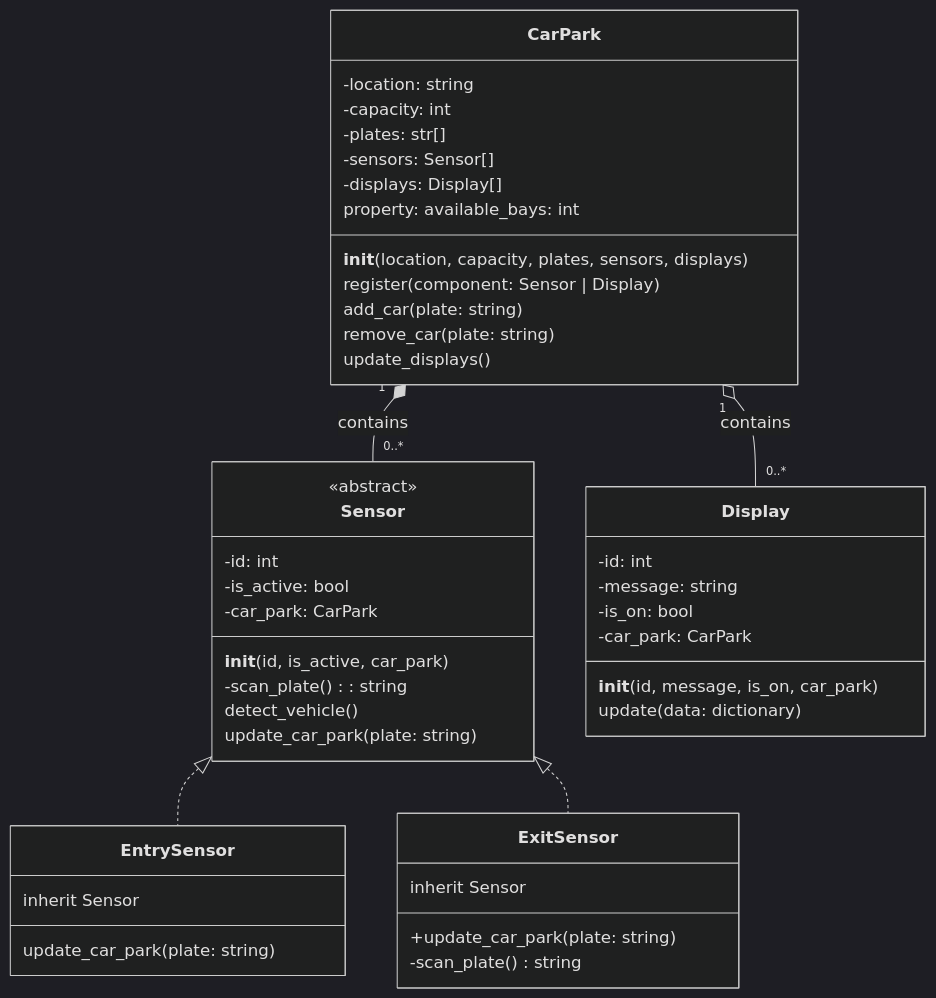
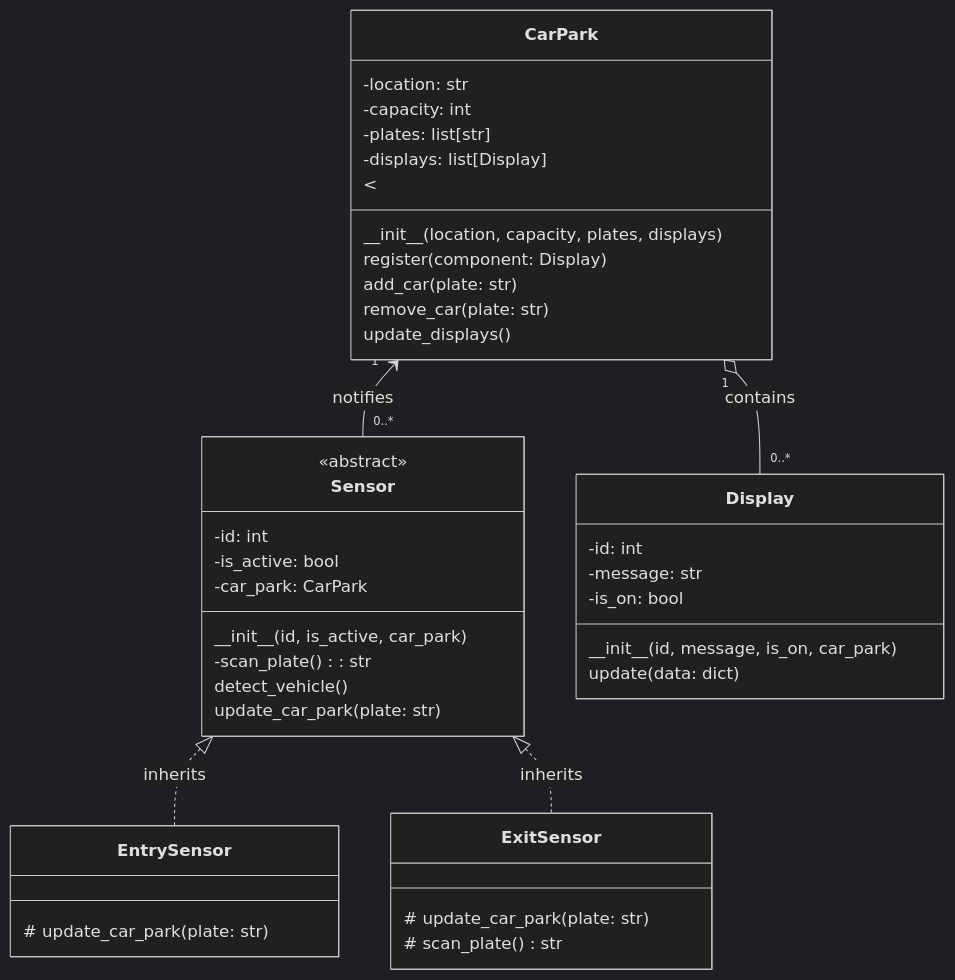
Before and after one commit to NM-TAFE/civ-ipriot-in-class-demos: the fourth of 4 diagrams in assessments/prj/carpark-guide.md, drawn with Mermaid (dark theme). The commit also changed other lines of this file, not shown here.

First line of the commit message:
remove: cp->sensor & display->cp

````diff
--- a/assessments/prj/carpark-guide.md
+++ b/assessments/prj/carpark-guide.md
@@ -585,54 +599,53 @@
 ```mermaid
 classDiagram
     class CarPark {
-        -location: string
+        -location: str
         -capacity: int
-        -plates: str[]
-        -sensors: Sensor[]
-        -displays: Display[]
-        __init__(location, capacity, plates, sensors, displays)
-        register(component: Sensor | Display)
-        add_car(plate: string)
-        remove_car(plate: string)
+        -plates: list[str]
+        -displays: list[Display]
+        \_\_init__(location, capacity, plates, displays)
+        register(component: Display)
+        add_car(plate: str)
+        remove_car(plate:  str)
         update_displays()
-        property: available_bays: int
+        <<property: available_bays: int
     }
+
 
     class Sensor {
         <<abstract>>
         -id: int
         -is_active: bool
         -car_park: CarPark
-        __init__(id, is_active, car_park)
-        -scan_plate(): string
+        \_\_init__(id, is_active, car_park)
+        -scan_plate(): str 
         detect_vehicle()
-        update_car_park(plate: string)
+        update_car_park(plate:  str)
     }
 
     class EntrySensor {
-        inherit Sensor
-        update_car_park(plate: string)
+        # update_car_park(plate:  str)
 
     }
 
     class ExitSensor {
-        inherit Sensor
-        +update_car_park(plate: string)
-        -scan_plate() string
+        
+        # update_car_park(plate:  str)
+        # scan_plate() str 
     }
 
     class Display {
         -id: int
-        -message: string
+        -message: str 
         -is_on: bool
-        -car_park: CarPark
-        __init__(id, message, is_on, car_park)
-        update(data: dictionary)
+        \_\_init__(id, message, is_on, car_park)
+        update(data: dict)
     }
 
+   
     CarPark "1" o-- "0..*" Display : contains
-    CarPark "1" *-- "0..*" Sensor : contains
-    Sensor <|.. EntrySensor
-    Sensor <|..  ExitSensor
+    CarPark "1" <-- "0..*" Sensor : notifies
+    Sensor <|.. EntrySensor: inherits
+    Sensor <|..  ExitSensor: inherits
 
 ```
````
